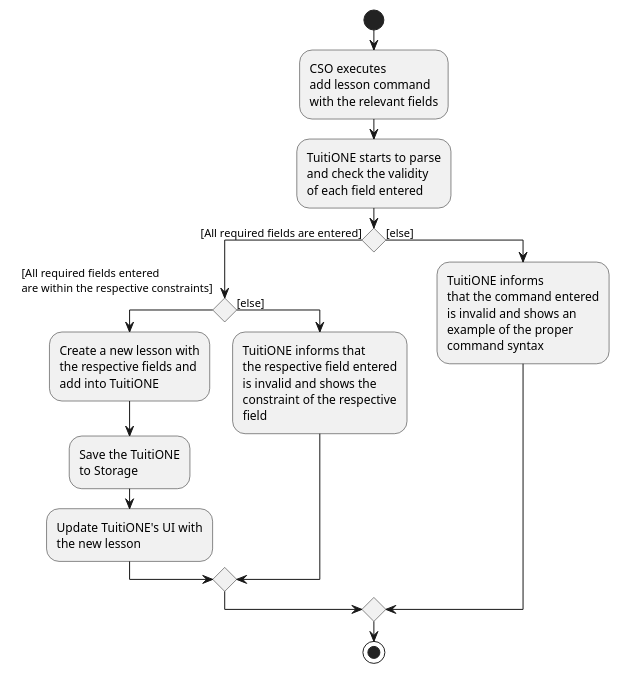
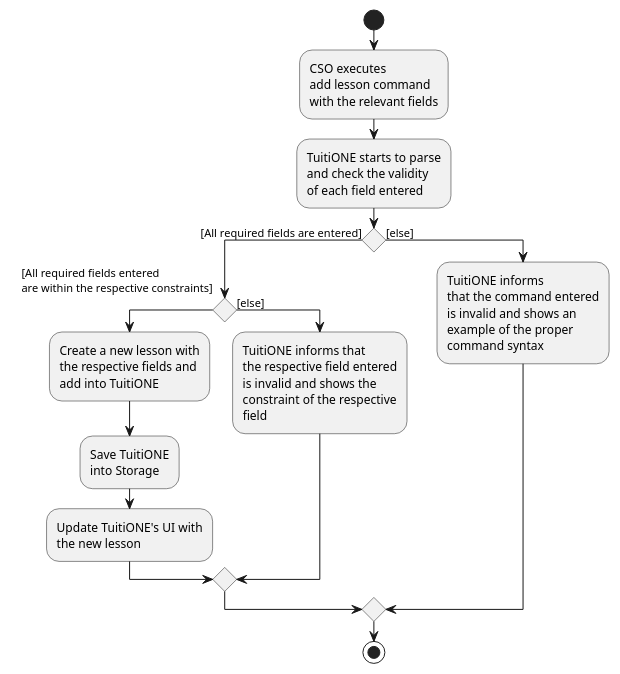
Before and after one commit to nus-cs2103-AY2122S1/tp: the diagram in docs/diagrams/AddLessonActivityDiagram.puml, drawn with PlantUML. The commit also changed 1 other file, not shown here.

```diff
--- a/docs/diagrams/AddLessonActivityDiagram.puml
+++ b/docs/diagrams/AddLessonActivityDiagram.puml
@@ -1,51 +1,51 @@
 @startuml
 start
 :CSO executes
 add lesson command
 with the relevant fields;
 
 :TuitiONE starts to parse
 and check the validity
 of each field entered ;
 
 if () then ([All required fields are entered])
 
     if() then (
     [All required fields entered
     are within the respective constraints]
     )
 
     :Create a new lesson with
     the respective fields and
     add into TuitiONE;
 
-    :Save the TuitiONE
-    to Storage;
+    :Save TuitiONE
+    into Storage;
 
     :Update TuitiONE's UI with
     the new lesson;
 
 
     else ([else])
 
     :TuitiONE informs that
     the respective field entered
     is invalid and shows the
     constraint of the respective
     field;
 
     endif
 
     else ([else])
 
     :TuitiONE informs
     that the command entered
     is invalid and shows an
     example of the proper
     command syntax;
 
 
 endif
 
 stop
 @enduml
```
